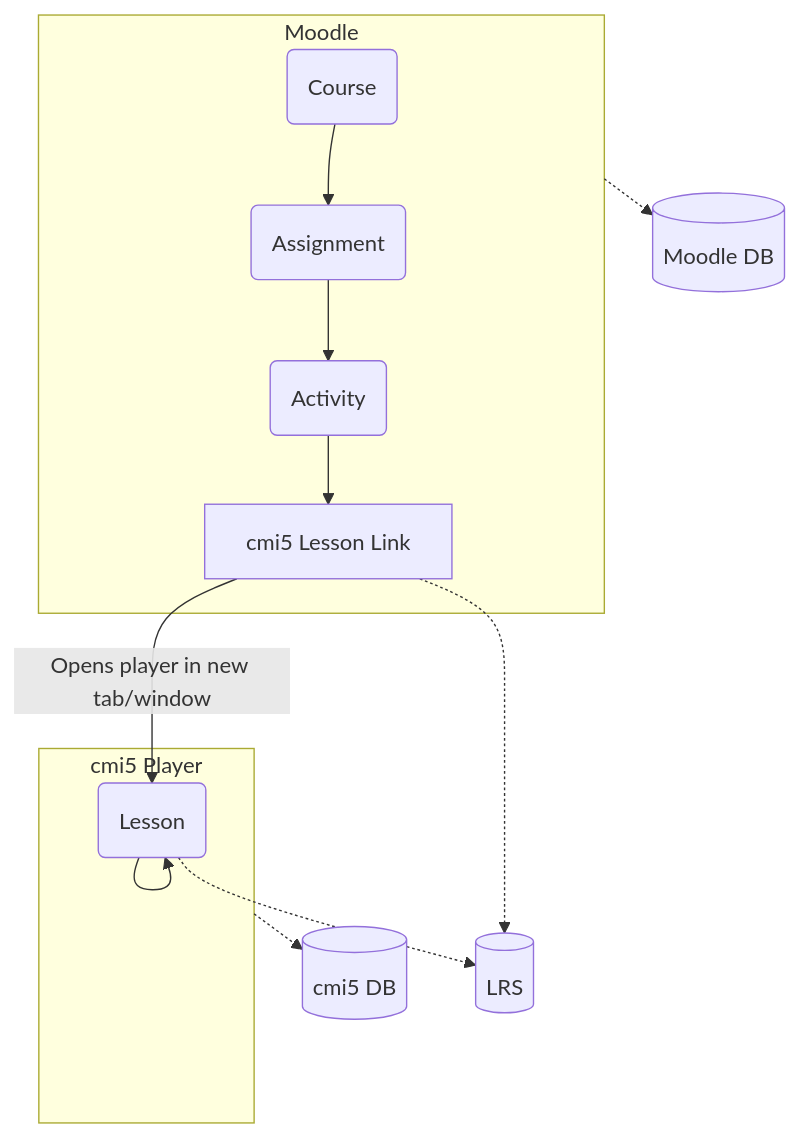
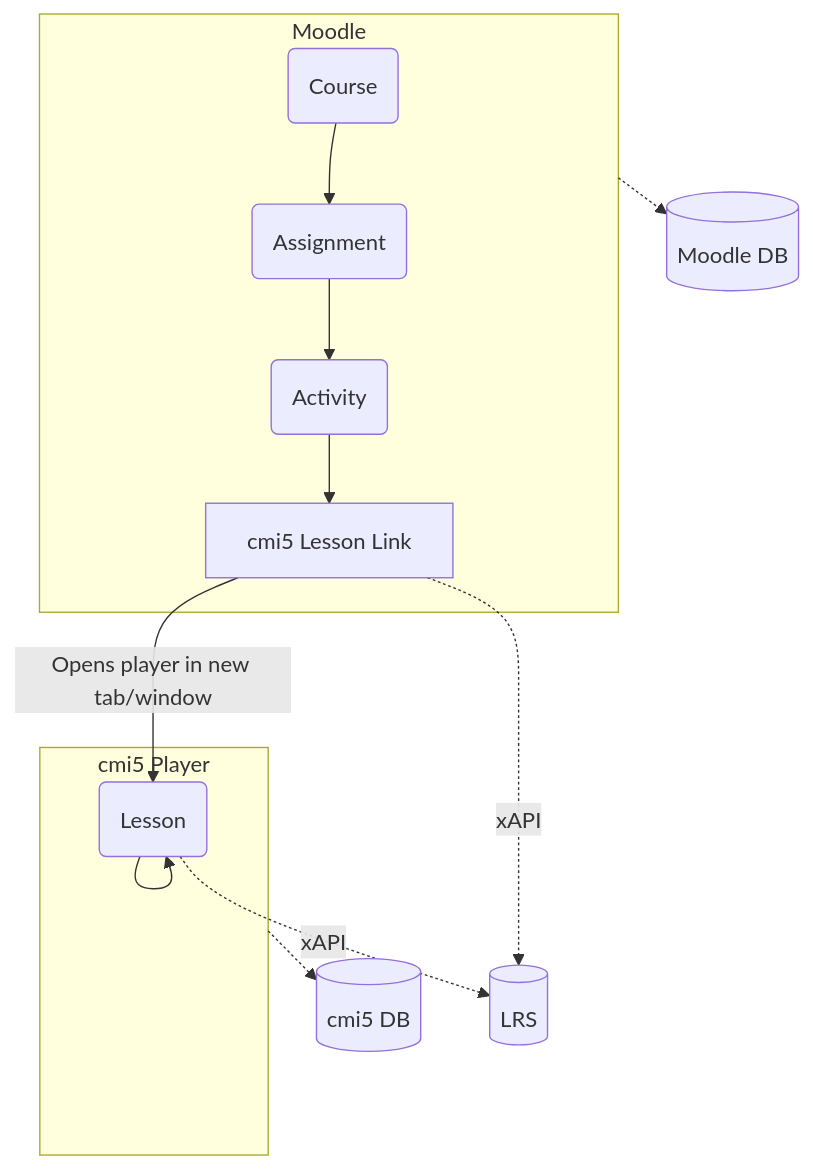
One commit to adlnet/Moodle-mod_cmi5launch changed the diagram in README.md. Above: the diagram before and after it, drawn with Mermaid. The commit also changed other lines of this file, not shown here.

Commit message:
Added xAPI reference

````diff
--- a/README.md
+++ b/README.md
@@ -24,17 +24,17 @@
 ```mermaid
 flowchart TB
   subgraph Moodle
     Course(Course) --> Assignment(Assignment)
     Assignment --> Activity(Activity)
     Activity --> LessonLink[cmi5 Lesson Link]
   end
   Moodle -.-> B[(Moodle DB)]
   LessonLink -- Opens player in new tab/window --> Lesson(Lesson)
   subgraph cmi5[cmi5 Player]
     Lesson
   end
   Lesson --> Lesson
   cmi5 -.-> cmi5DB[(cmi5 DB)]
-  LessonLink -.-> LRS[(LRS)]
-  Lesson -.-> LRS[(LRS)]
+  LessonLink -. xAPI .-> LRS[(LRS)]
+  Lesson -. xAPI .-> LRS[(LRS)]
 ```
````
